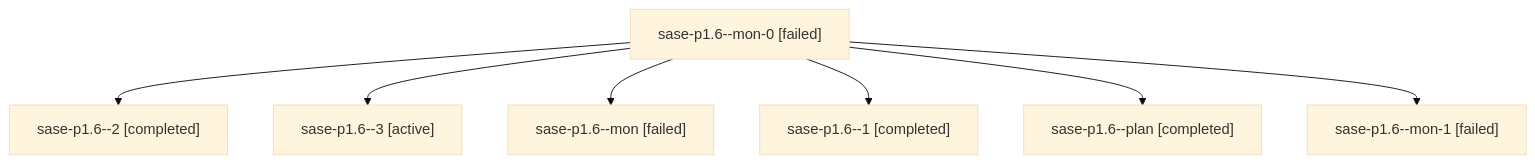
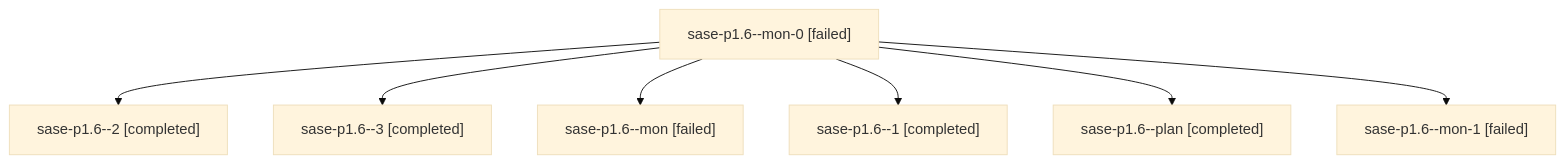
The diagram in families/bbugyi200.athena.sase-p1.6.md (sase-org/sase--agents), drawn with Mermaid (base theme) before and after one commit. The commit also changed other lines of this file and 78 other files, not shown here.

````diff
--- a/families/bbugyi200.athena.sase-p1.6.md
+++ b/families/bbugyi200.athena.sase-p1.6.md
@@ -9,16 +9,16 @@
 ```mermaid
 flowchart TD
   n0["sase-p1.6--mon-0 [failed]"]
   n1["sase-p1.6--2 [completed]"]
   n0 --> n1
-  n2["sase-p1.6--3 [active]"]
+  n2["sase-p1.6--3 [completed]"]
   n0 --> n2
   n3["sase-p1.6--mon [failed]"]
   n0 --> n3
   n4["sase-p1.6--1 [completed]"]
   n0 --> n4
   n5["sase-p1.6--plan [completed]"]
   n0 --> n5
   n6["sase-p1.6--mon-1 [failed]"]
   n0 --> n6
 ```
````
